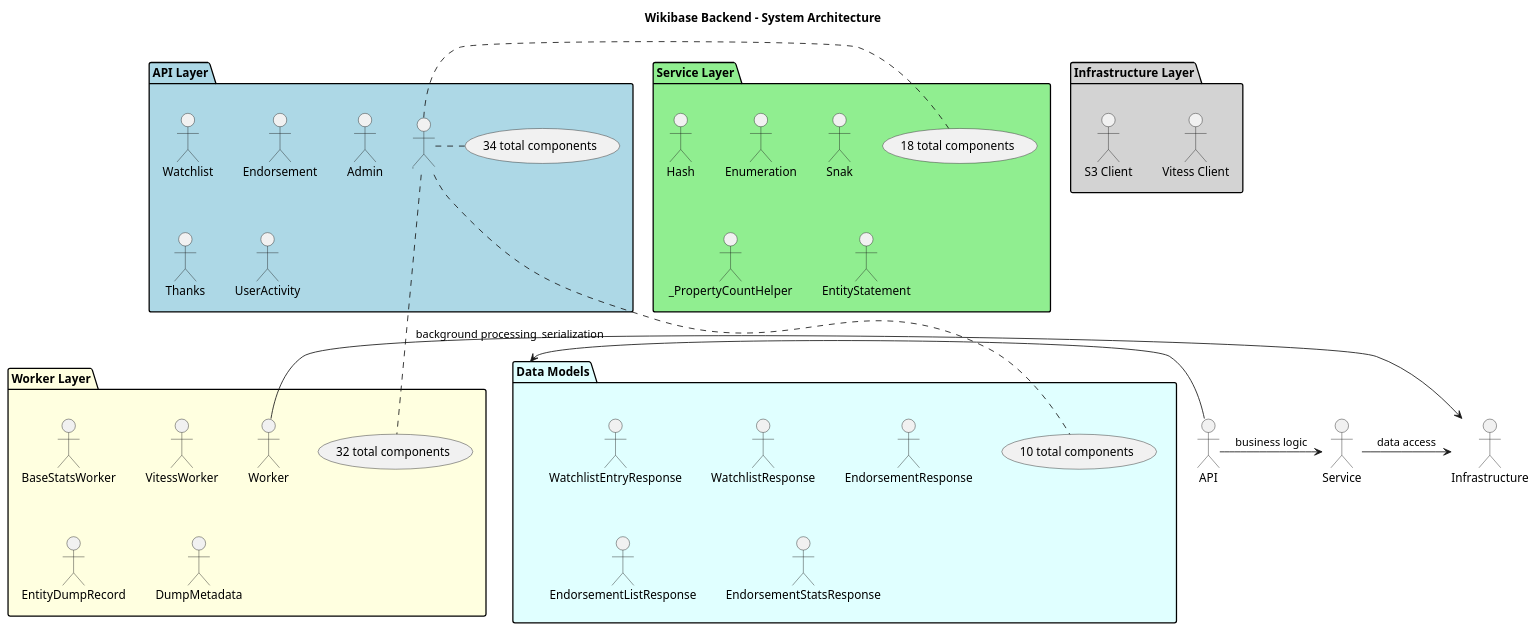
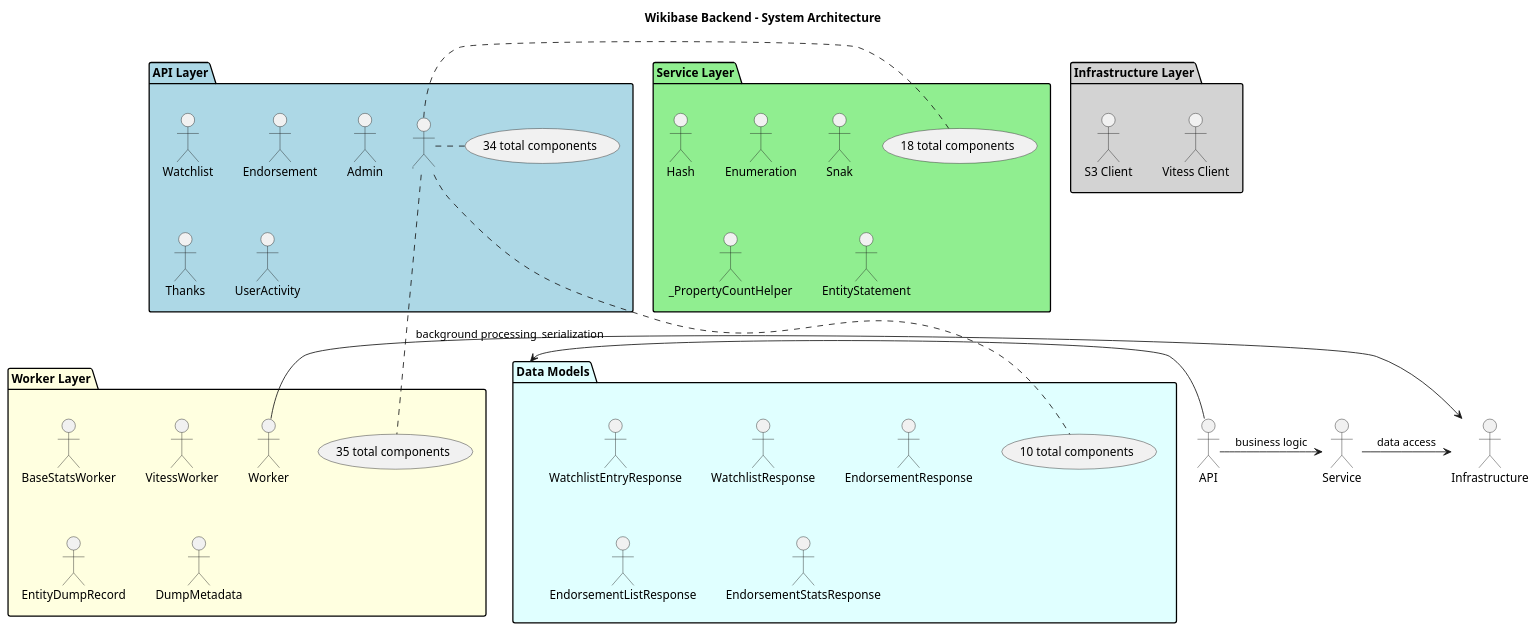
One commit to dpriskorn/entitybase-backend changed the diagram in docs/DIAGRAMS/system_architecture.puml. Above: the diagram before and after it, drawn with PlantUML. The commit also changed 21 other files, not shown here.

```diff
--- a/docs/DIAGRAMS/system_architecture.puml
+++ b/docs/DIAGRAMS/system_architecture.puml
@@ -1,53 +1,53 @@
 @startuml System Architecture
 
 title Wikibase Backend - System Architecture
 
 package "API Layer" as APILayer #LightBlue {
     "Watchlist" as WatchlistHandler
     "Endorsement" as EndorsementHandler
     "Admin" as AdminHandler
     "Thanks" as ThanksHandler
     "UserActivity" as UserActivityHandler
     ... (34 total components)
 }
 
 package "Service Layer" as ServiceLayer #LightGreen {
     "Hash" as HashService
     "Enumeration" as EnumerationService
     "Snak" as SnakHandler
     "_PropertyCountHelper" as _PropertyCountHelper
     "EntityStatement" as EntityStatementService
     ... (18 total components)
 }
 
 package "Worker Layer" as WorkerLayer #LightYellow {
     "BaseStatsWorker" as BaseStatsWorker
     "VitessWorker" as VitessWorker
     "Worker" as Worker
     "EntityDumpRecord" as EntityDumpRecord
     "DumpMetadata" as DumpMetadata
-    ... (32 total components)
+    ... (35 total components)
 }
 
 package "Infrastructure Layer" as InfrastructureLayer #LightGray {
     "Vitess Client" as Vitess_Client
     "S3 Client" as S3_Client
 }
 
 package "Data Models" as DataModels #LightCyan {
     "WatchlistEntryResponse" as WatchlistEntryResponse
     "WatchlistResponse" as WatchlistResponse
     "EndorsementResponse" as EndorsementResponse
     "EndorsementListResponse" as EndorsementListResponse
     "EndorsementStatsResponse" as EndorsementStatsResponse
     ... (10 total components)
 }
 
 
 ' Relationships
 API -> Service : business logic
 Service -> Infrastructure : data access
 Worker -> Infrastructure : background processing
 API -> DataModels : serialization
 
 @enduml
```
